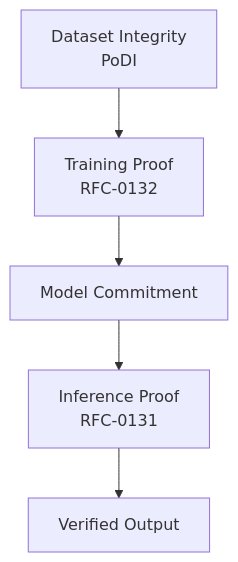
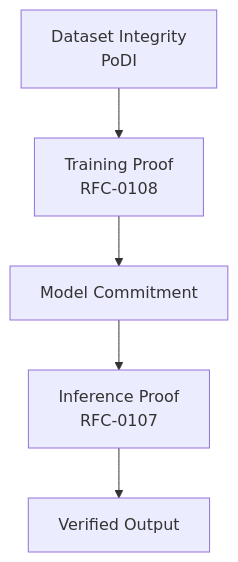
One commit to CipherOcto/cipherocto changed the diagram in rfcs/0631-proof-of-dataset-integrity.md. Above: the diagram before and after it, drawn with Mermaid. The commit also changed other lines of this file and 22 other files, not shown here.

````diff
--- a/rfcs/0631-proof-of-dataset-integrity.md
+++ b/rfcs/0631-proof-of-dataset-integrity.md
@@ -867,7 +867,7 @@
 ```mermaid
 graph TD
-    DI[Dataset Integrity<br/>PoDI] --> TP[Training Proof<br/>RFC-0132]
+    DI[Dataset Integrity<br/>PoDI] --> TP[Training Proof<br/>RFC-0108]
     TP --> MC[Model Commitment]
-    MC --> IP[Inference Proof<br/>RFC-0131]
+    MC --> IP[Inference Proof<br/>RFC-0107]
     IP --> VO[Verified Output]
 ```
````
